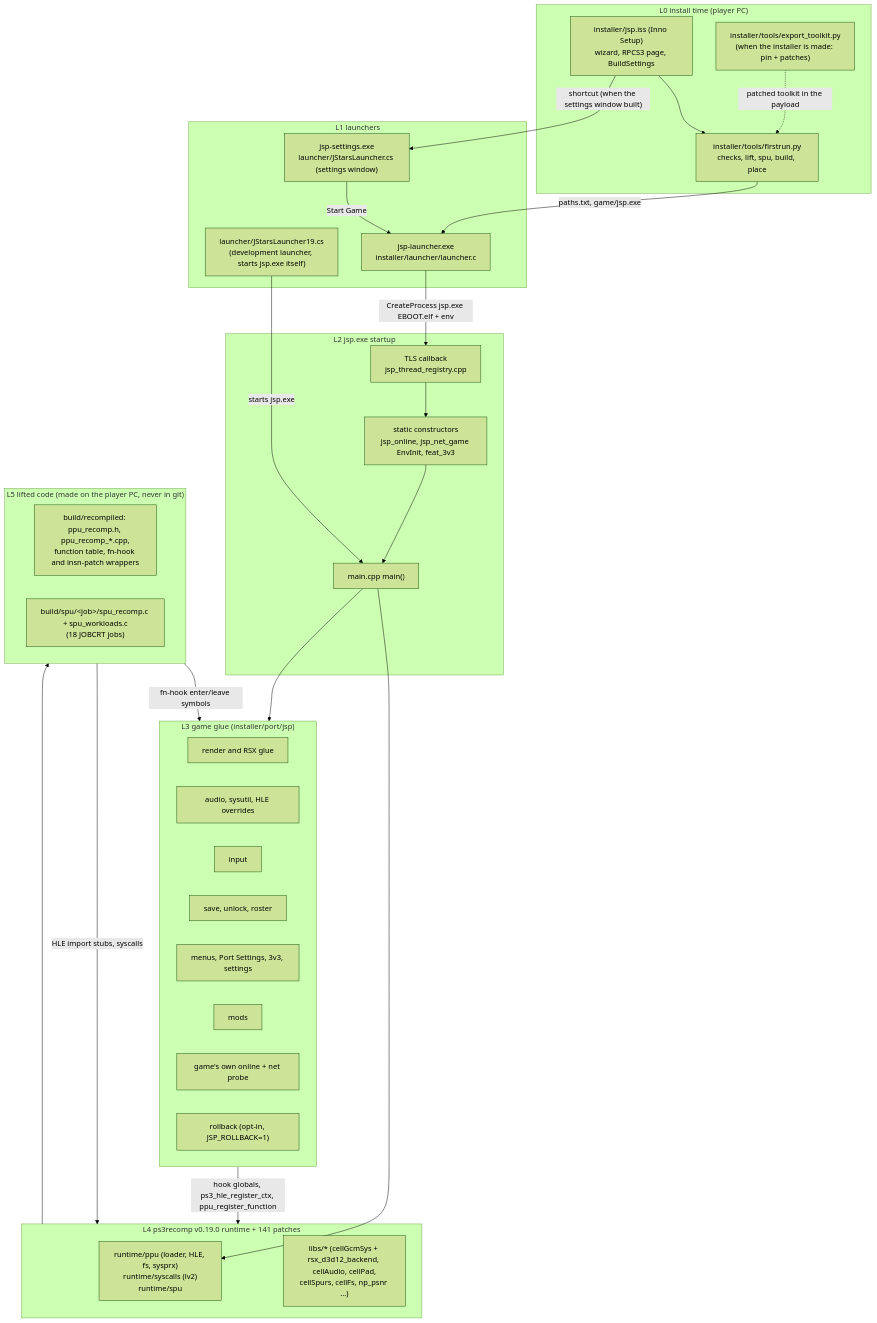
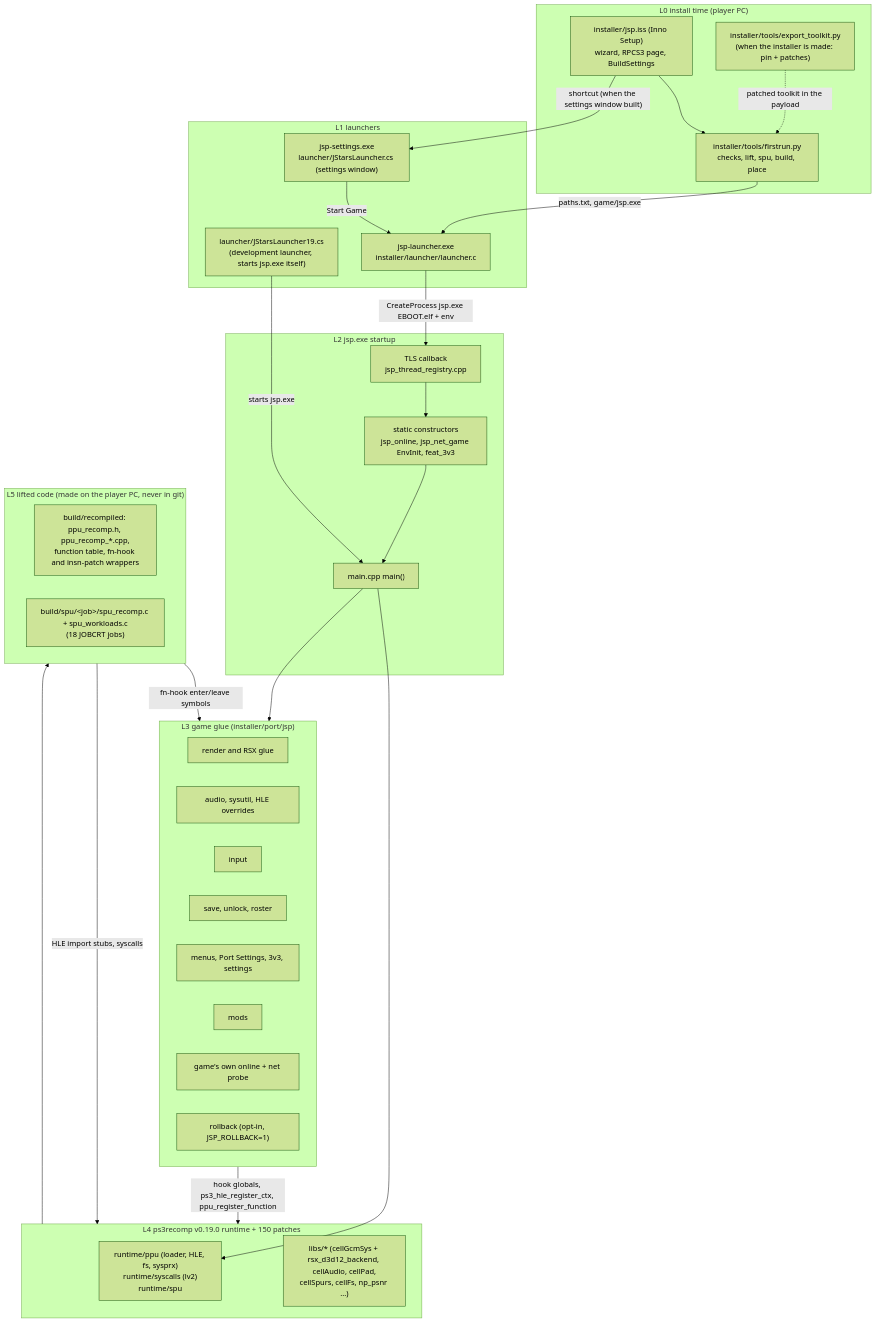
One commit to Tsamiuy/jsp-vs-ex changed the first of 2 diagrams in docs/code-map/layers.md. Above: the diagram before and after it, drawn with Mermaid (forest theme). The commit also changed other lines of this file and 5 other files, not shown here.

````diff
--- a/docs/code-map/layers.md
+++ b/docs/code-map/layers.md
@@ -8,49 +8,49 @@
 ```mermaid
 flowchart TD
   subgraph L0["L0 install time (player PC)"]
     ISS["installer/jsp.iss (Inno Setup)<br/>wizard, RPCS3 page, BuildSettings"]
     FR["installer/tools/firstrun.py<br/>checks, lift, spu, build, place"]
     TK["installer/tools/export_toolkit.py<br/>(when the installer is made: pin + patches)"]
   end
   subgraph L1["L1 launchers"]
     CS["jsp-settings.exe<br/>launcher/JStarsLauncher.cs (settings window)"]
     CS19["launcher/JStarsLauncher19.cs<br/>(development launcher, starts jsp.exe itself)"]
     LC["jsp-launcher.exe<br/>installer/launcher/launcher.c"]
   end
   subgraph L2["L2 jsp.exe startup"]
     TLS["TLS callback<br/>jsp_thread_registry.cpp"]
     SC["static constructors<br/>jsp_online, jsp_net_game EnvInit, feat_3v3"]
     MAIN["main.cpp main()"]
   end
   subgraph L3["L3 game glue (installer/port/jsp)"]
     G1["render and RSX glue"]
     G2["audio, sysutil, HLE overrides"]
     G3["input"]
     G4["save, unlock, roster"]
     G5["menus, Port Settings, 3v3, settings"]
     G6["mods"]
     G7["game's own online + net probe"]
     G8["rollback (opt-in, JSP_ROLLBACK=1)"]
   end
-  subgraph L4["L4 ps3recomp v0.19.0 runtime + 141 patches"]
+  subgraph L4["L4 ps3recomp v0.19.0 runtime + 150 patches"]
     RT["runtime/ppu (loader, HLE, fs, sysprx)<br/>runtime/syscalls (lv2)<br/>runtime/spu"]
     LIBS["libs/* (cellGcmSys + rsx_d3d12_backend, cellAudio, cellPad,<br/>cellSpurs, cellFs, np_psnr ...)"]
   end
   subgraph L5["L5 lifted code (made on the player PC, never in git)"]
     PPU["build/recompiled: ppu_recomp.h, ppu_recomp_*.cpp,<br/>function table, fn-hook and insn-patch wrappers"]
     SPU["build/spu/&lt;job&gt;/spu_recomp.c + spu_workloads.c<br/>(18 JOBCRT jobs)"]
   end
   ISS --> FR
   TK -. "patched toolkit in the payload" .-> FR
   FR -->|"paths.txt, game/jsp.exe"| LC
   ISS -->|"shortcut (when the settings window built)"| CS
   CS -->|"Start Game"| LC
   CS19 -->|"starts jsp.exe"| MAIN
   LC -->|"CreateProcess jsp.exe EBOOT.elf + env"| TLS --> SC --> MAIN
   MAIN --> L3
   MAIN --> RT
   L3 -->|"hook globals, ps3_hle_register_ctx, ppu_register_function"| L4
   L4 --> L5
   L5 -->|"fn-hook enter/leave symbols"| L3
   L5 -->|"HLE import stubs, syscalls"| L4
 ```
````
